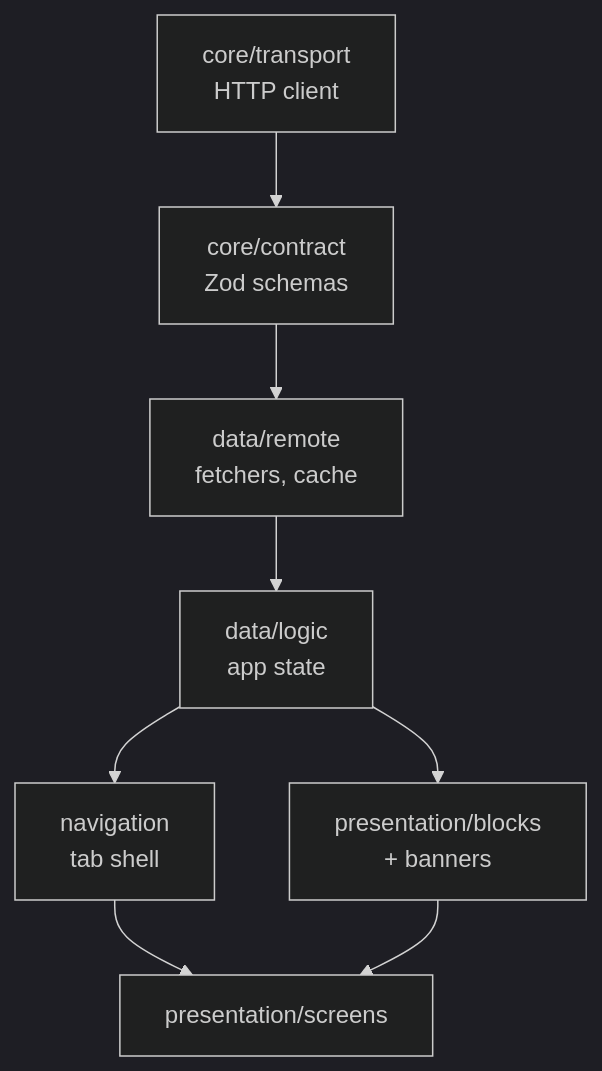
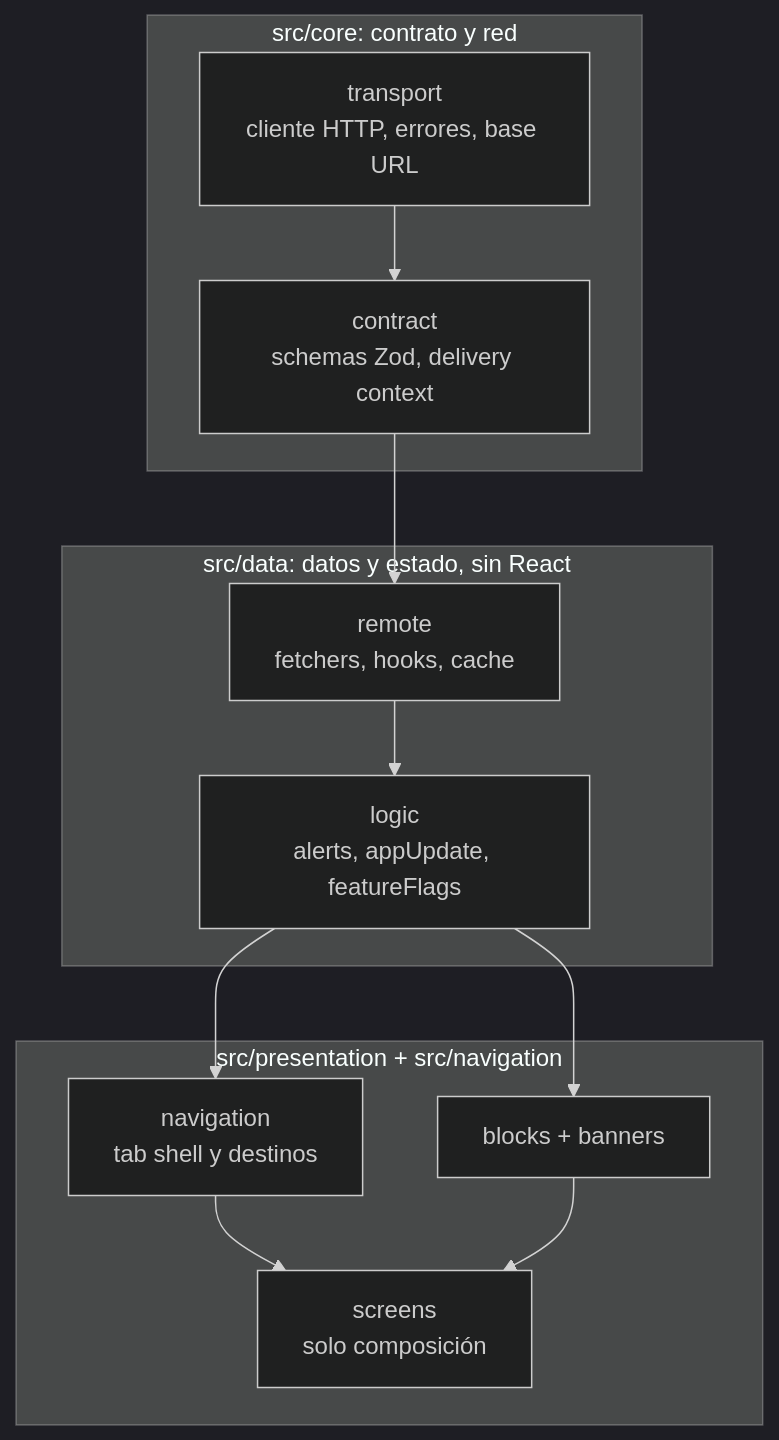
The first of 5 diagrams in docs/ARCHITECTURE.md (sjunka/casa-de-maiz), drawn with Mermaid (dark theme) before and after one commit. The commit also changed other lines of this file and 6 other files, not shown here.

First line of the commit message:
Translate README and docs to Spanish, add architecture diagrams (#70)

````diff
--- a/docs/ARCHITECTURE.md
+++ b/docs/ARCHITECTURE.md
@@ -5,10 +6,22 @@
 ```mermaid
 flowchart TD
-    A["core/transport<br/>HTTP client"] --> B["core/contract<br/>Zod schemas"]
-    B --> C["data/remote<br/>fetchers, cache"]
-    C --> D["data/logic<br/>app state"]
-    D --> E["navigation<br/>tab shell"]
-    D --> F["presentation/blocks<br/>+ banners"]
-    E --> G["presentation/screens"]
+    subgraph core["src/core: contrato y red"]
+        A["transport<br/>cliente HTTP, errores, base URL"]
+        B["contract<br/>schemas Zod, delivery context"]
+    end
+    subgraph data["src/data: datos y estado, sin React"]
+        C["remote<br/>fetchers, hooks, cache"]
+        D["logic<br/>alerts, appUpdate, featureFlags"]
+    end
+    subgraph ui["src/presentation + src/navigation"]
+        E["navigation<br/>tab shell y destinos"]
+        F["blocks + banners"]
+        G["screens<br/>solo composición"]
+    end
+
+    A --> B --> C --> D
+    D --> E
+    D --> F
+    E --> G
     F --> G
 ```
````
